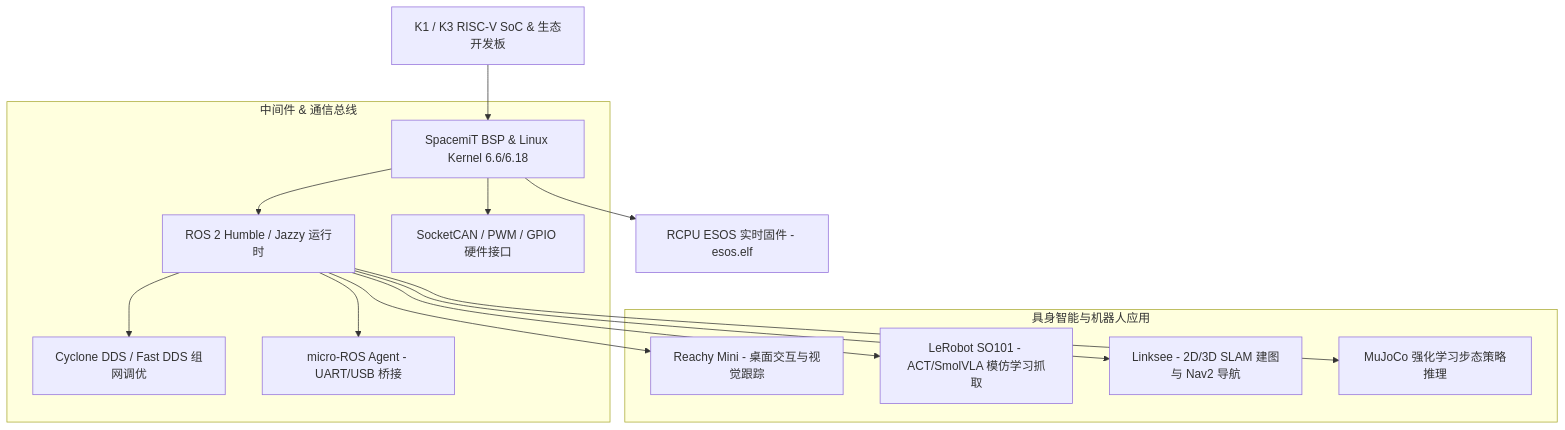
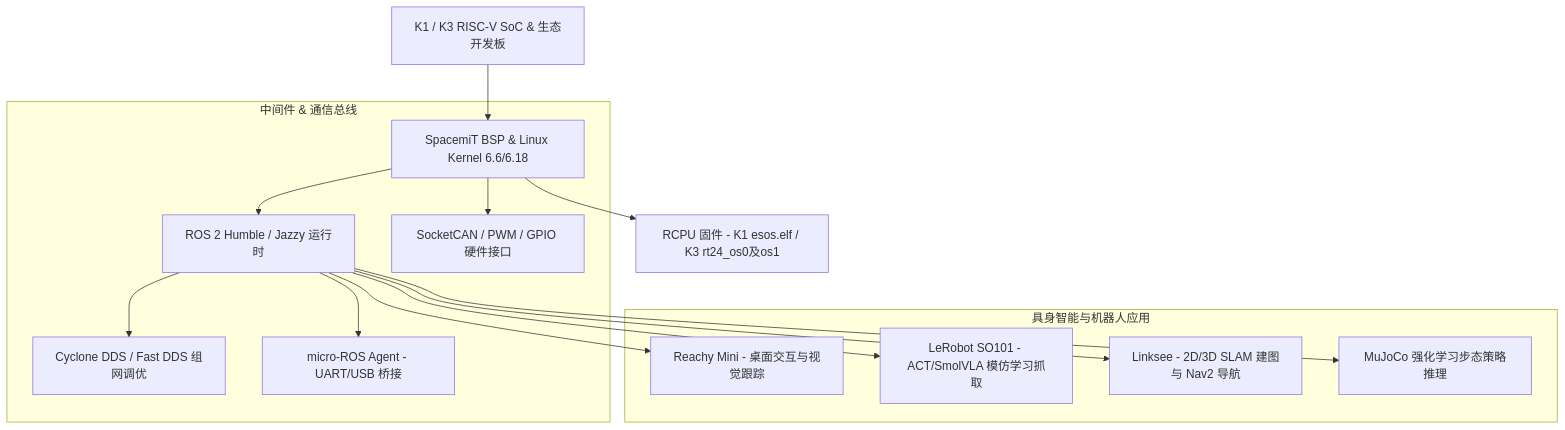
One commit to bbbicycle/spacemit-LLM-wiki changed the diagram in Knowledge_Atoms/SpacemiT_ROS2_机器人与具身智能专题档案.md. Above: the diagram before and after it, drawn with Mermaid. The commit also changed other lines of this file and 61 other files, not shown here.

````diff
--- a/Knowledge_Atoms/SpacemiT_ROS2_机器人与具身智能专题档案.md
+++ b/Knowledge_Atoms/SpacemiT_ROS2_机器人与具身智能专题档案.md
@@ -26,19 +26,19 @@
 ```mermaid
 graph TD
     Hardware[K1 / K3 RISC-V SoC & 生态开发板] --> BSP[SpacemiT BSP & Linux Kernel 6.6/6.18]
-    BSP --> RCPU[RCPU ESOS 实时固件 - esos.elf]
+    BSP --> RCPU[RCPU 固件 - K1 esos.elf / K3 rt24_os0及os1]
     BSP --> ROS2[ROS 2 Humble / Jazzy 运行时]
 
     subgraph Middleware [中间件 & 通信总线]
         ROS2 --> DDS[Cyclone DDS / Fast DDS 组网调优]
         ROS2 --> MicroROS[micro-ROS Agent - UART/USB 桥接]
         BSP --> CAN[SocketCAN / PWM / GPIO 硬件接口]
     end
 
     subgraph EmbodiedAI [具身智能与机器人应用]
         ROS2 --> Reachy[Reachy Mini - 桌面交互与视觉跟踪]
         ROS2 --> LeRobot[LeRobot SO101 - ACT/SmolVLA 模仿学习抓取]
         ROS2 --> Linksee[Linksee - 2D/3D SLAM 建图与 Nav2 导航]
         ROS2 --> RL[MuJoCo 强化学习步态策略推理]
     end
 ```
````
